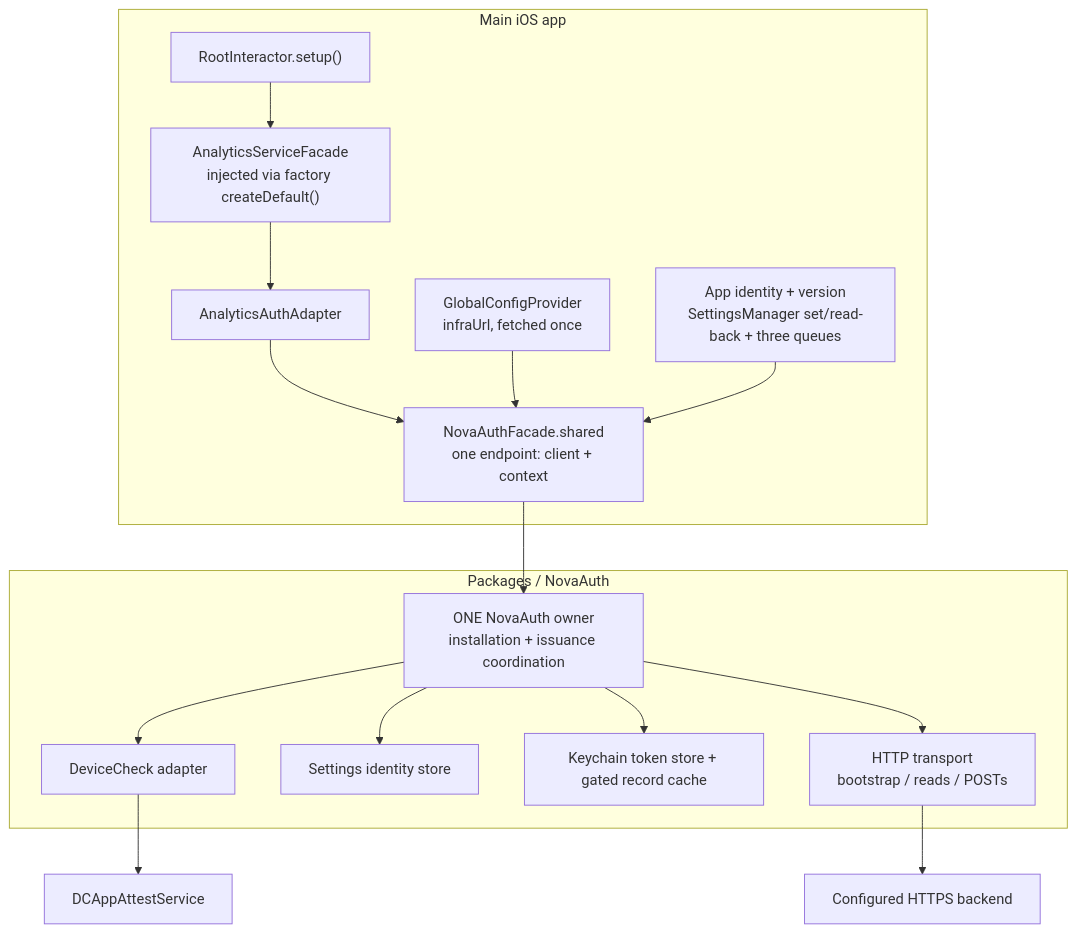
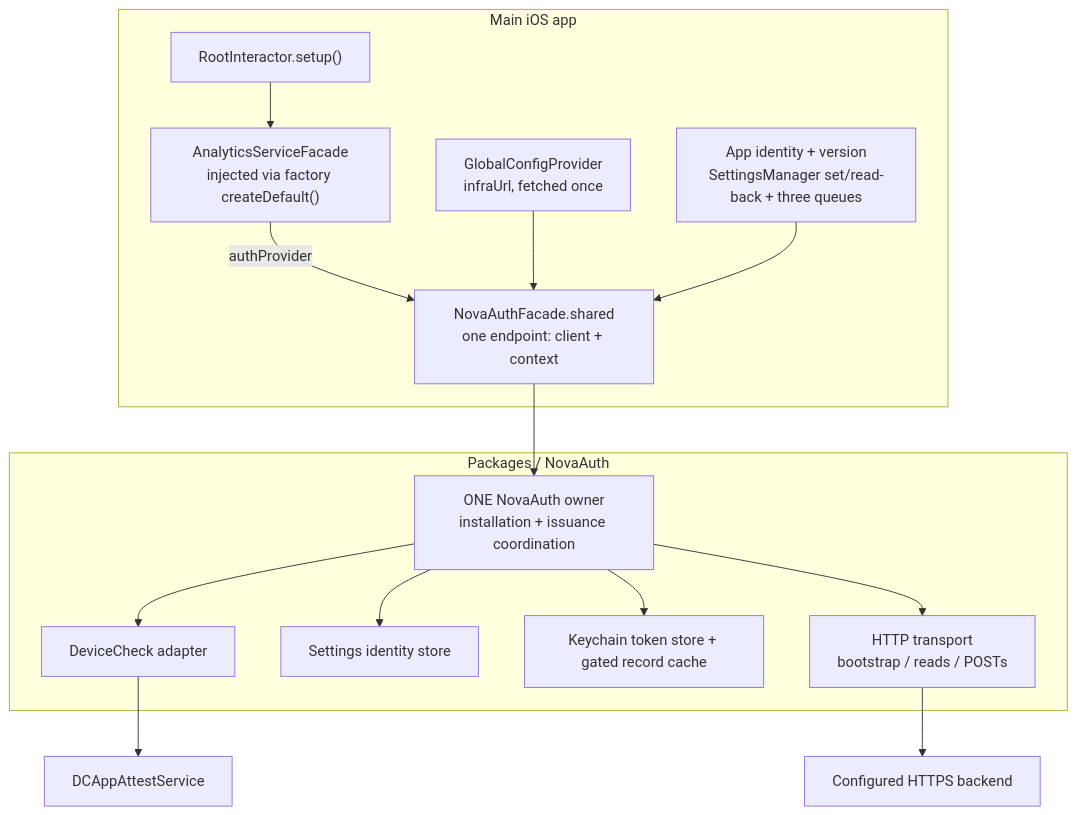
Before and after one commit to novasamatech/nova-wallet-ios: the first of 8 diagrams in .claude/docs/architecture/novaauth-client-diagrams.md, drawn with Mermaid. The commit also changed other lines of this file and 5 other files, not shown here.

Commit message:
correct stale nova auth doc statements

````diff
--- a/.claude/docs/architecture/novaauth-client-diagrams.md
+++ b/.claude/docs/architecture/novaauth-client-diagrams.md
@@ -13,19 +13,18 @@
 ```mermaid
 flowchart TB
   subgraph APP["Main iOS app"]
     ROOT["RootInteractor.setup()"] --> AF["AnalyticsServiceFacade<br/>injected via factory createDefault()"]
-    AF --> AA["AnalyticsAuthAdapter"]
-    AA --> F["NovaAuthFacade.shared<br/>one endpoint: client + context"]
+    AF -- "authProvider" --> F["NovaAuthFacade.shared<br/>one endpoint: client + context"]
     CONFIG["GlobalConfigProvider<br/>infraUrl, fetched once"] --> F
     HOST["App identity + version<br/>SettingsManager set/read-back + three queues"] --> F
   end
   subgraph PACKAGE["Packages / NovaAuth"]
     F --> OWNER["ONE NovaAuth owner<br/>installation + issuance coordination"]
     OWNER --> APPLE["DeviceCheck adapter"]
     OWNER --> STATE["Settings identity store"]
     OWNER --> TOKEN["Keychain token store + gated record cache"]
     OWNER --> HTTP["HTTP transport<br/>bootstrap / reads / POSTs"]
   end
   HTTP --> BACKEND["Configured HTTPS backend"]
   APPLE --> OS["DCAppAttestService"]
 ```
````
